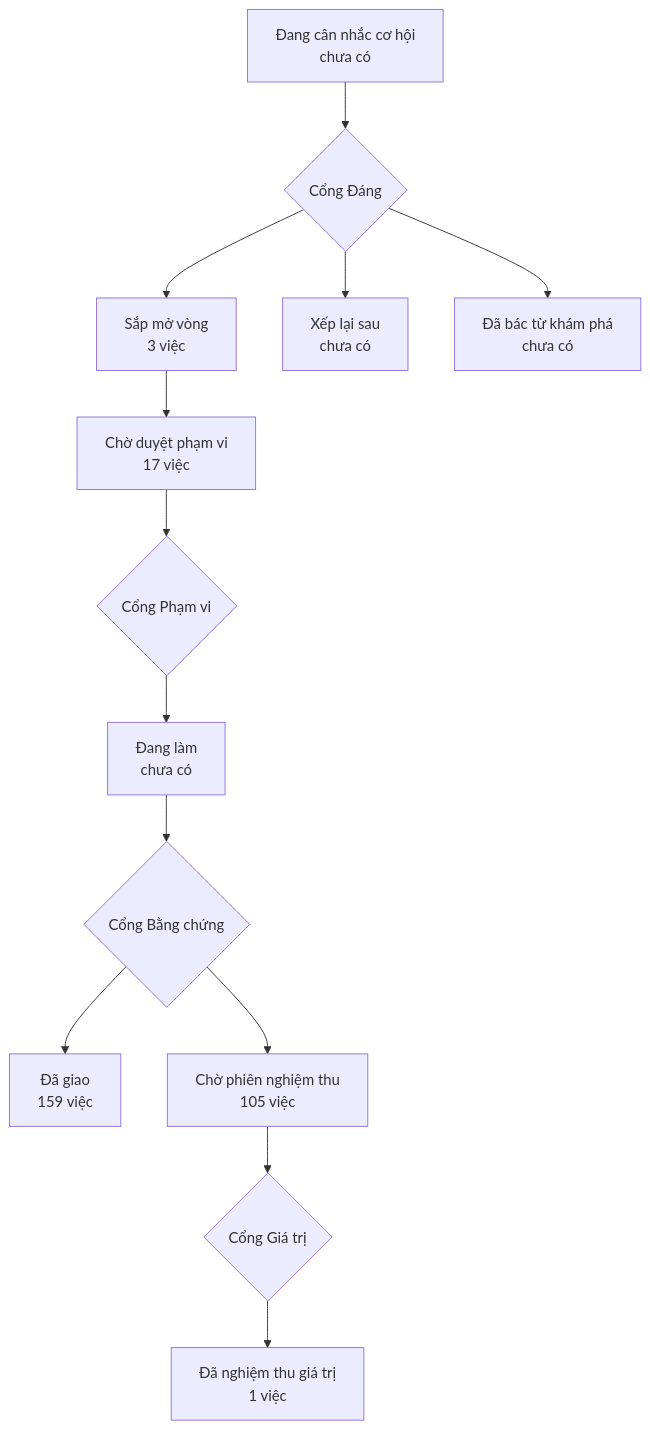
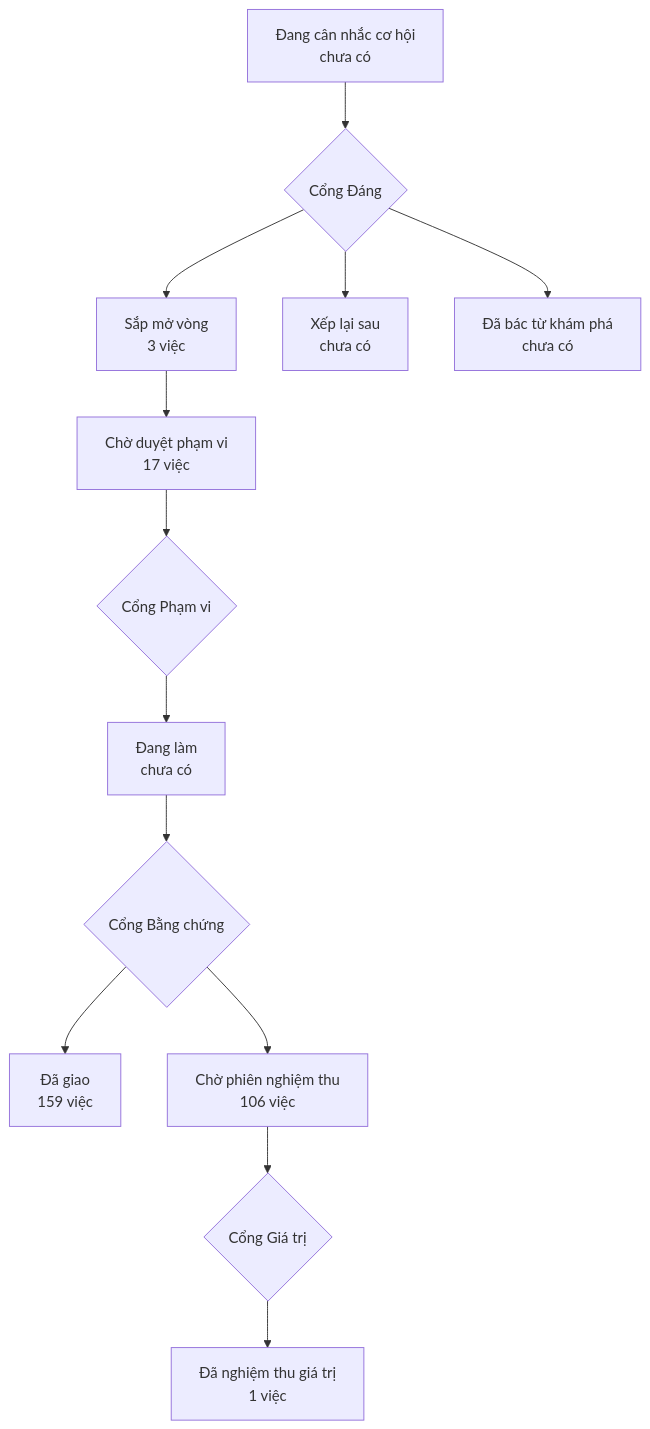
The diagram in PRODUCT-MAP.md (phanlemanh/onehub-invest), drawn with Mermaid before and after one commit. The commit also changed other lines of this file and 1 other file, not shown here.

Commit message:
docs: sinh lại PRODUCT-MAP, LO-TRINH sau khi gộp main (#382)

````diff
--- a/PRODUCT-MAP.md
+++ b/PRODUCT-MAP.md
@@ -7,12 +7,12 @@
 ```mermaid
 flowchart TD
   A["Đang cân nhắc cơ hội<br/>chưa có"] --> GD{"Cổng Đáng"}
   GD --> B["Sắp mở vòng<br/>3 việc"]
   GD --> XL["Xếp lại sau<br/>chưa có"]
   GD --> DB["Đã bác từ khám phá<br/>chưa có"]
   B --> CD["Chờ duyệt phạm vi<br/>17 việc"] --> GP{"Cổng Phạm vi"}
   GP --> DL["Đang làm<br/>chưa có"] --> GB{"Cổng Bằng chứng"}
   GB --> DG["Đã giao<br/>159 việc"]
-  GB --> CN["Chờ phiên nghiệm thu<br/>105 việc"] --> GG{"Cổng Giá trị"}
+  GB --> CN["Chờ phiên nghiệm thu<br/>106 việc"] --> GG{"Cổng Giá trị"}
   GG --> NT["Đã nghiệm thu giá trị<br/>1 việc"]
 ```
````
